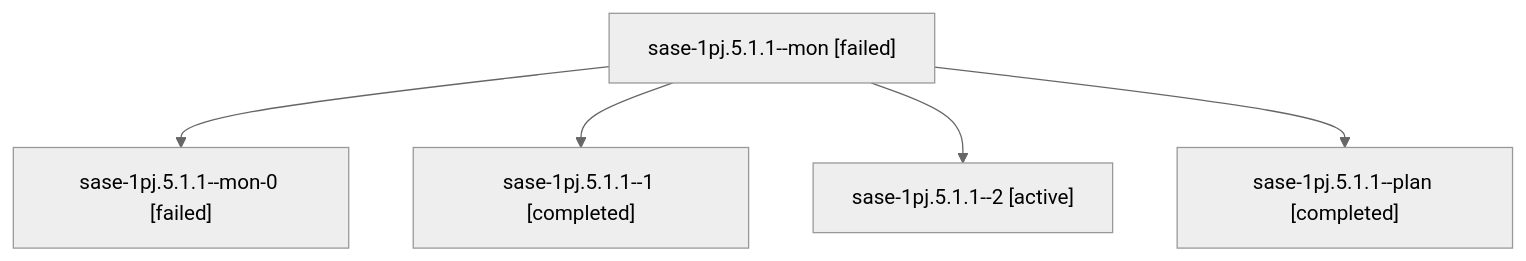
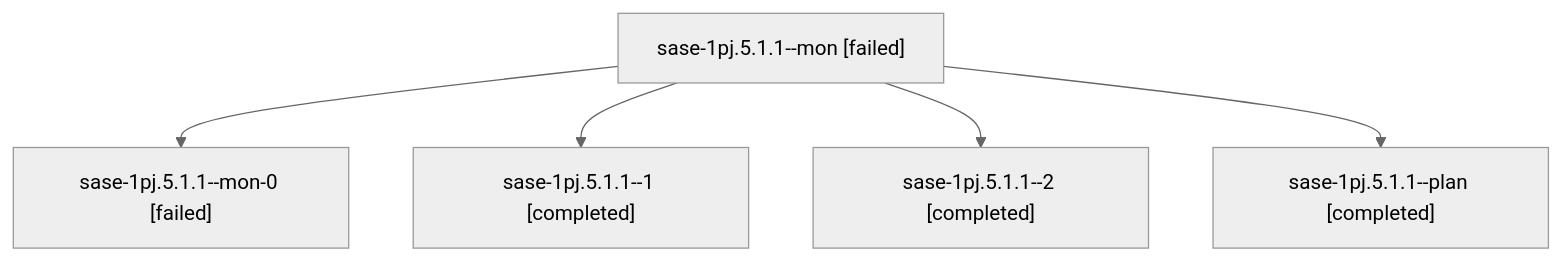
One commit to sase-org/sase--agents changed the diagram in sessions/bbugyi200.athena.sase-1pj.5.1.1.md. Above: the diagram before and after it, drawn with Mermaid (neutral theme). The commit also changed other lines of this file and 114 other files, not shown here.

````diff
--- a/sessions/bbugyi200.athena.sase-1pj.5.1.1.md
+++ b/sessions/bbugyi200.athena.sase-1pj.5.1.1.md
@@ -9,12 +9,12 @@
 ```mermaid
 flowchart TD
   n0["sase-1pj.5.1.1--mon [failed]"]
   n1["sase-1pj.5.1.1--mon-0 [failed]"]
   n0 --> n1
   n2["sase-1pj.5.1.1--1 [completed]"]
   n0 --> n2
-  n3["sase-1pj.5.1.1--2 [active]"]
+  n3["sase-1pj.5.1.1--2 [completed]"]
   n0 --> n3
   n4["sase-1pj.5.1.1--plan [completed]"]
   n0 --> n4
 ```
````
